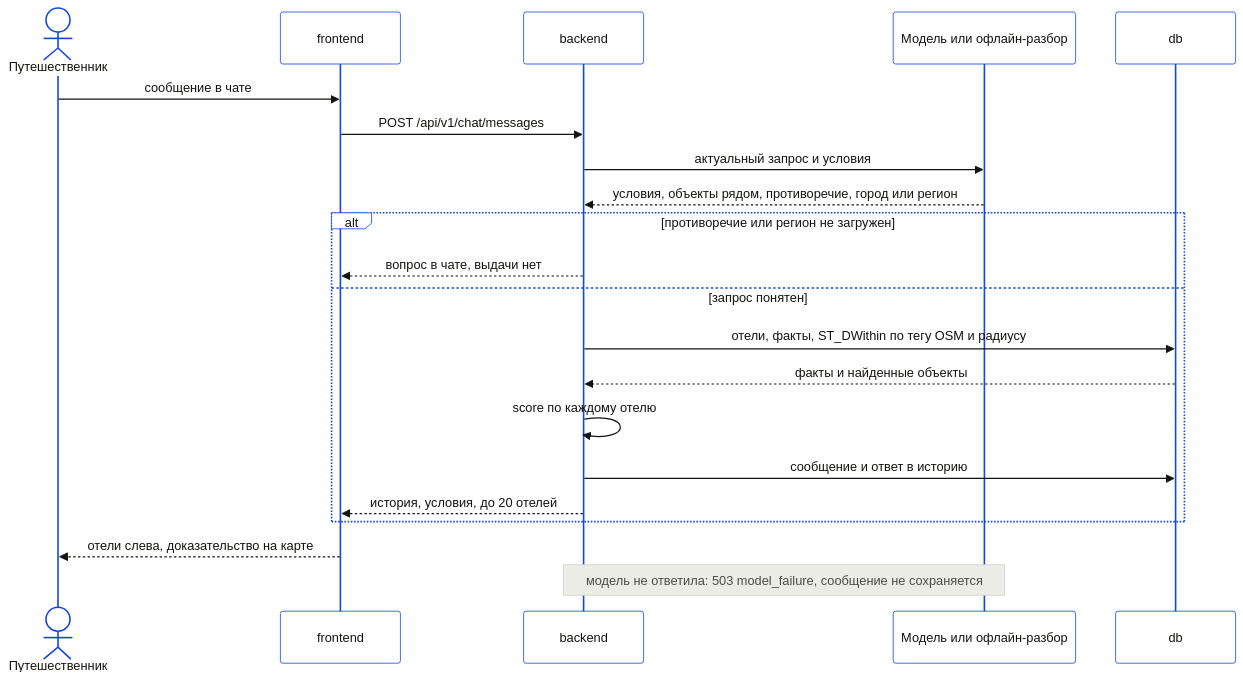
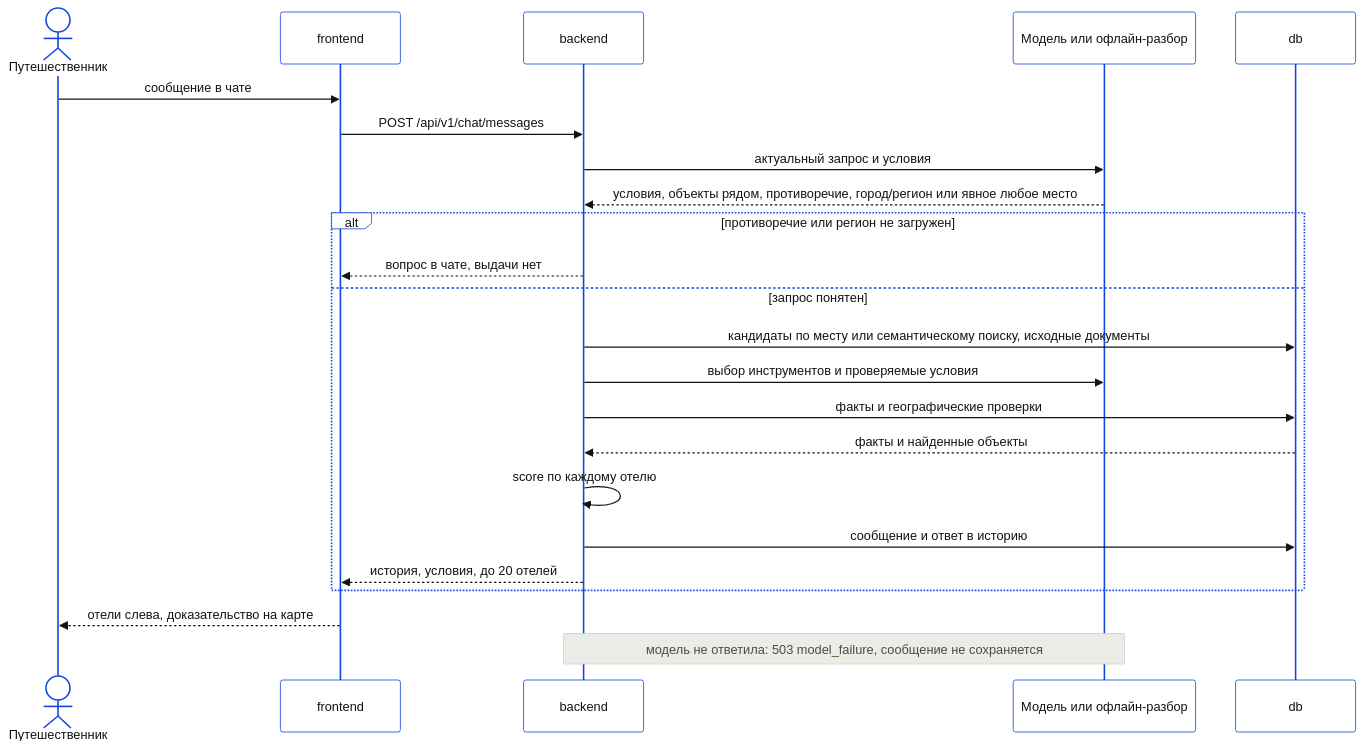
The third of 3 diagrams in docs/architecture.md (GoatWhistle/ostrovok), drawn with Mermaid before and after one commit. The commit also changed other lines of this file and 50 other files, not shown here.

````diff
--- a/docs/architecture.md
+++ b/docs/architecture.md
@@ -70,24 +70,26 @@
 ```mermaid
 %%{init: {"theme":"base","themeVariables":{"primaryColor":"#ffffff","primaryTextColor":"#12140f","primaryBorderColor":"#1546db","secondaryColor":"#eaece5","tertiaryColor":"#f4f5f1","lineColor":"#61665a","textColor":"#12140f","noteBkgColor":"#eaece5","noteTextColor":"#4a4e44","actorBkg":"#ffffff","actorBorder":"#1546db","fontFamily":"Manrope Variable"}}}%%
 sequenceDiagram
     actor U as Путешественник
     participant FE as frontend
     participant BE as backend
     participant LLM as Модель или офлайн-разбор
     participant DB as db
     U->>FE: сообщение в чате
     FE->>BE: POST /api/v1/chat/messages
     BE->>LLM: актуальный запрос и условия
-    LLM-->>BE: условия, объекты рядом, противоречие, город или регион
+    LLM-->>BE: условия, объекты рядом, противоречие, город/регион или явное любое место
     alt противоречие или регион не загружен
         BE-->>FE: вопрос в чате, выдачи нет
     else запрос понятен
-        BE->>DB: отели, факты, ST_DWithin по тегу OSM и радиусу
+        BE->>DB: кандидаты по месту или семантическому поиску, исходные документы
+        BE->>LLM: выбор инструментов и проверяемые условия
+        BE->>DB: факты и географические проверки
         DB-->>BE: факты и найденные объекты
         BE->>BE: score по каждому отелю
         BE->>DB: сообщение и ответ в историю
         BE-->>FE: история, условия, до 20 отелей
     end
     FE-->>U: отели слева, доказательство на карте
     Note over BE,LLM: модель не ответила: 503 model_failure, сообщение не сохраняется
 ```
````
